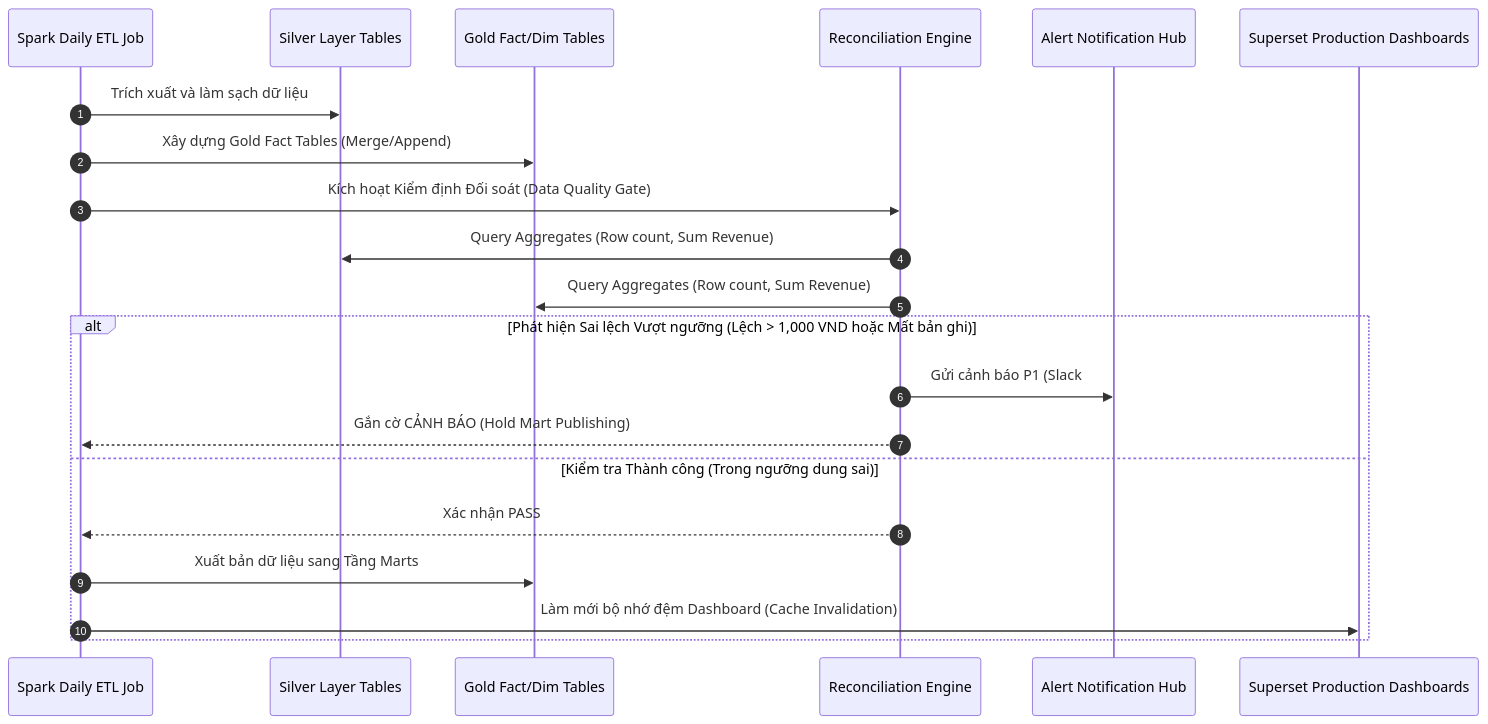
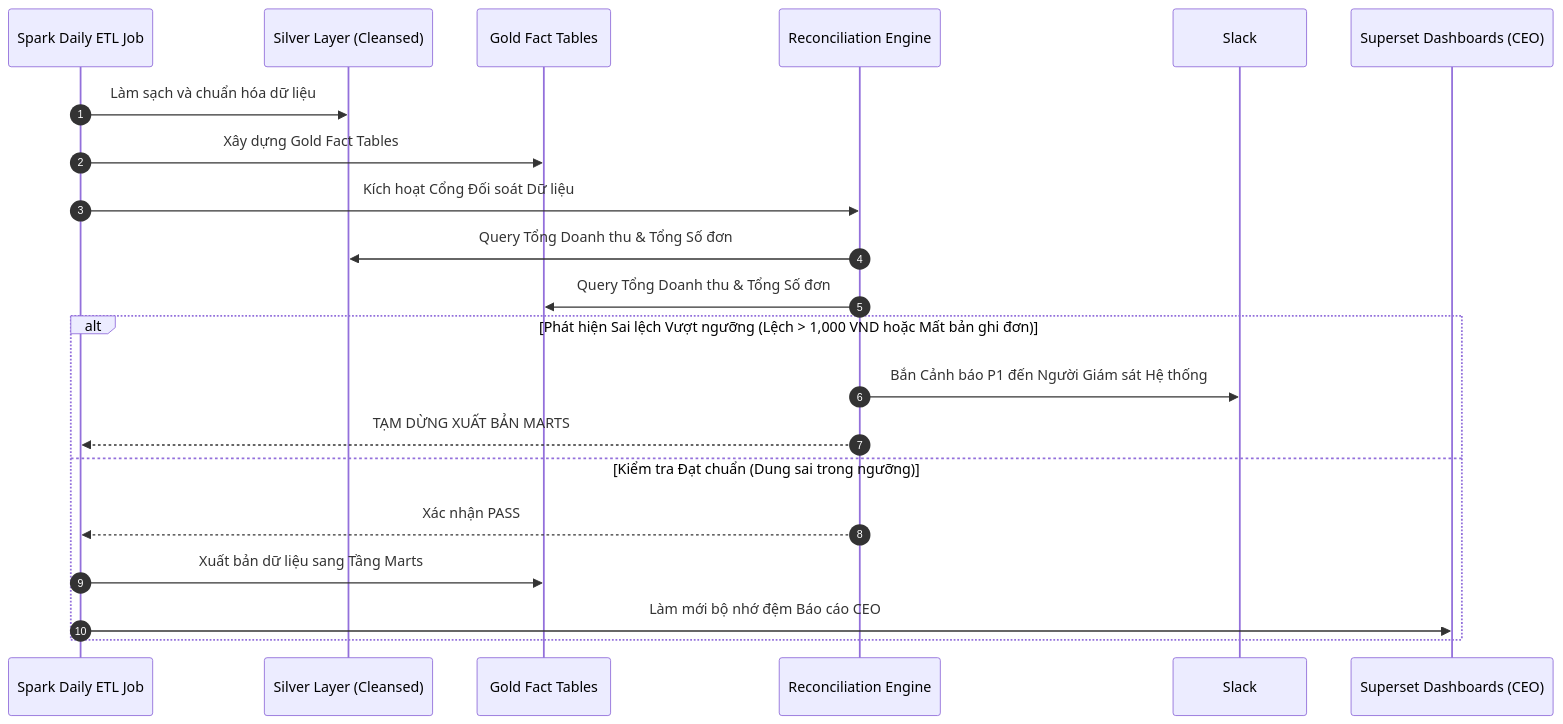
One commit to DanhTrannn/TLCN changed the sixth of 7 diagrams in docs/architecture/MANAGEMENT_INFO_TECHNICAL_SPEC.md. Above: the diagram before and after it, drawn with Mermaid. The commit also changed other lines of this file and 4 other files, not shown here.

````diff
--- a/docs/architecture/MANAGEMENT_INFO_TECHNICAL_SPEC.md
+++ b/docs/architecture/MANAGEMENT_INFO_TECHNICAL_SPEC.md
@@ -854,26 +515,26 @@
 ```mermaid
 sequenceDiagram
     autonumber
     participant Spark as Spark Daily ETL Job
-    participant Silver as Silver Layer Tables
-    participant Gold as Gold Fact/Dim Tables
+    participant Silver as Silver Layer (Cleansed)
+    participant Gold as Gold Fact Tables
     participant Gate as Reconciliation Engine
-    participant Alert as Alert Notification Hub
-    participant Superset as Superset Production Dashboards
+    participant Alert as Slack #data-quality-alerts
+    participant Superset as Superset Dashboards (CEO)
 
-    Spark->>Silver: Trích xuất và làm sạch dữ liệu
-    Spark->>Gold: Xây dựng Gold Fact Tables (Merge/Append)
-    Spark->>Gate: Kích hoạt Kiểm định Đối soát (Data Quality Gate)
+    Spark->>Silver: Làm sạch và chuẩn hóa dữ liệu
+    Spark->>Gold: Xây dựng Gold Fact Tables
+    Spark->>Gate: Kích hoạt Cổng Đối soát Dữ liệu
     
-    Gate->>Silver: Query Aggregates (Row count, Sum Revenue)
-    Gate->>Gold: Query Aggregates (Row count, Sum Revenue)
+    Gate->>Silver: Query Tổng Doanh thu & Tổng Số đơn
+    Gate->>Gold: Query Tổng Doanh thu & Tổng Số đơn
     
-    alt Phát hiện Sai lệch Vượt ngưỡng (Lệch > 1,000 VND hoặc Mất bản ghi)
-        Gate->>Alert: Gửi cảnh báo P1 (Slack #data-quality-alerts & Email)
-        Gate-->>Spark: Gắn cờ CẢNH BÁO (Hold Mart Publishing)
-    else Kiểm tra Thành công (Trong ngưỡng dung sai)
+    alt Phát hiện Sai lệch Vượt ngưỡng (Lệch > 1,000 VND hoặc Mất bản ghi đơn)
+        Gate->>Alert: Bắn Cảnh báo P1 đến Người Giám sát Hệ thống
+        Gate-->>Spark: TẠM DỪNG XUẤT BẢN MARTS
+    else Kiểm tra Đạt chuẩn (Dung sai trong ngưỡng)
         Gate-->>Spark: Xác nhận PASS
         Spark->>Gold: Xuất bản dữ liệu sang Tầng Marts
-        Spark->>Superset: Làm mới bộ nhớ đệm Dashboard (Cache Invalidation)
+        Spark->>Superset: Làm mới bộ nhớ đệm Báo cáo CEO
     end
 ```
````
